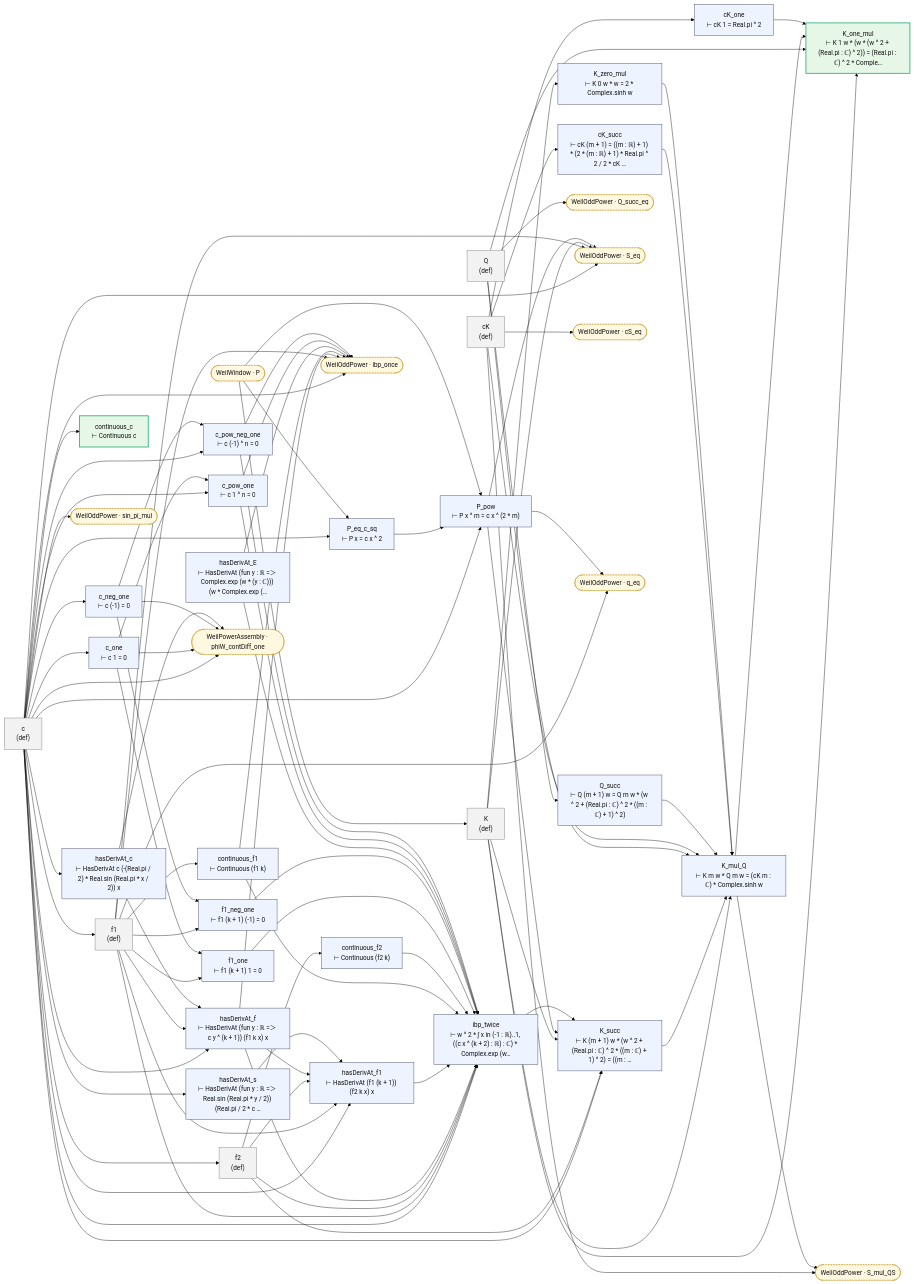
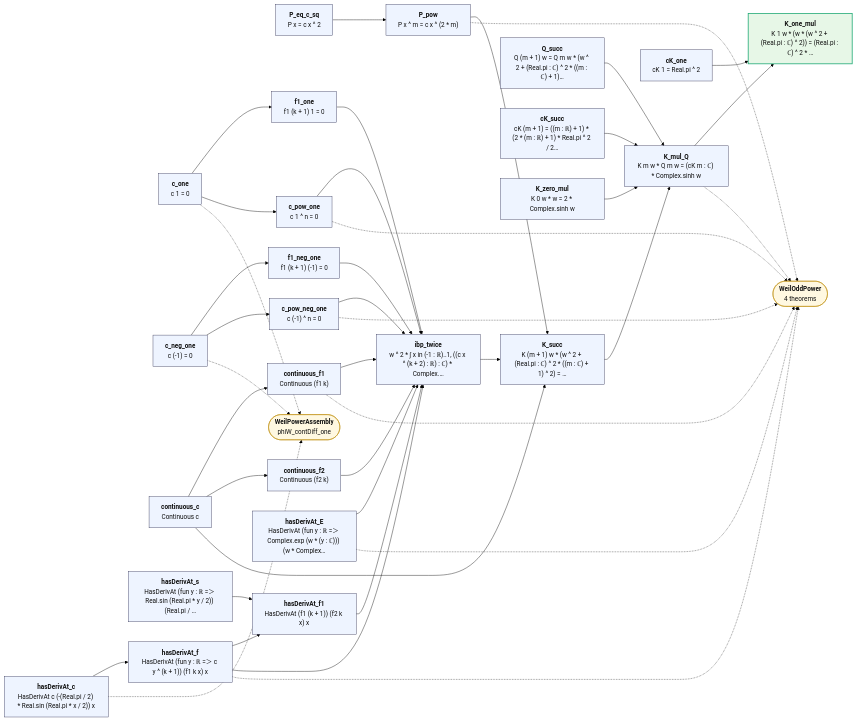
The diagram in map/lean_stage3/WeilPower.md (juliansambranojr/Primebeat_081426), drawn with Mermaid (forest theme) before and after one commit. The commit also changed other lines of this file and 387 other files, not shown here.

````diff
--- a/map/lean_stage3/WeilPower.md
+++ b/map/lean_stage3/WeilPower.md
@@ -8,133 +12,72 @@
 ```mermaid
 flowchart LR
-  n0["c<br/>(def)"]:::dfn
-  n1["P_eq_c_sq<br/>⊢ P x = c x ^ 2"]:::thm
-  n2["P_pow<br/>⊢ P x ^ m = c x ^ (2 * m)"]:::thm
-  n3["c_one<br/>⊢ c 1 = 0"]:::thm
-  n4["c_neg_one<br/>⊢ c (-1) = 0"]:::thm
-  n5["continuous_c<br/>⊢ Continuous c"]:::end_
-  n6["c_pow_one<br/>⊢ c 1 ^ n = 0"]:::thm
-  n7["c_pow_neg_one<br/>⊢ c (-1) ^ n = 0"]:::thm
-  n8["hasDerivAt_c<br/>⊢ HasDerivAt c (-(Real.pi / 2) * Real.sin (Real.pi * x / 2)) x"]:::thm
-  n9["hasDerivAt_s<br/>⊢ HasDerivAt (fun y : ℝ =＞ Real.sin (Real.pi * y / 2)) (Real.pi / 2 * c …"]:::thm
-  n10["f1<br/>(def)"]:::dfn
-  n11["f2<br/>(def)"]:::dfn
-  n12["hasDerivAt_f<br/>⊢ HasDerivAt (fun y : ℝ =＞ c y ^ (k + 1)) (f1 k x) x"]:::thm
-  n13["hasDerivAt_f1<br/>⊢ HasDerivAt (f1 (k + 1)) (f2 k x) x"]:::thm
-  n14["continuous_f1<br/>⊢ Continuous (f1 k)"]:::thm
-  n15["continuous_f2<br/>⊢ Continuous (f2 k)"]:::thm
-  n16["f1_one<br/>⊢ f1 (k + 1) 1 = 0"]:::thm
-  n17["f1_neg_one<br/>⊢ f1 (k + 1) (-1) = 0"]:::thm
-  n18["K<br/>(def)"]:::dfn
-  n19["hasDerivAt_E<br/>⊢ HasDerivAt (fun y : ℝ =＞ Complex.exp (w * (y : ℂ))) (w * Complex.exp (…"]:::thm
-  n20["ibp_twice<br/>⊢ w ^ 2 * ∫ x in (-1 : ℝ)..1, ((c x ^ (k + 2) : ℝ) : ℂ) * Complex.exp (w…"]:::thm
-  n21["K_succ<br/>⊢ K (m + 1) w * (w ^ 2 + (Real.pi : ℂ) ^ 2 * ((m : ℂ) + 1) ^ 2) = ((m : …"]:::thm
-  n22["Q<br/>(def)"]:::dfn
-  n23["cK<br/>(def)"]:::dfn
-  n24["Q_succ<br/>⊢ Q (m + 1) w = Q m w * (w ^ 2 + (Real.pi : ℂ) ^ 2 * ((m : ℂ) + 1) ^ 2)"]:::thm
-  n25["cK_succ<br/>⊢ cK (m + 1) = ((m : ℝ) + 1) * (2 * (m : ℝ) + 1) * Real.pi ^ 2 / 2 * cK …"]:::thm
-  n26["K_zero_mul<br/>⊢ K 0 w * w = 2 * Complex.sinh w"]:::thm
-  n27["K_mul_Q<br/>⊢ K m w * Q m w = (cK m : ℂ) * Complex.sinh w"]:::thm
-  n28["cK_one<br/>⊢ cK 1 = Real.pi ^ 2"]:::thm
-  n29["K_one_mul<br/>⊢ K 1 w * (w * (w ^ 2 + (Real.pi : ℂ) ^ 2)) = (Real.pi : ℂ) ^ 2 * Comple…"]:::end_
-  x0(["WeilOddPower · Q_succ_eq"]):::ext
-  x1(["WeilOddPower · S_eq"]):::ext
-  x2(["WeilOddPower · S_mul_QS"]):::ext
-  x3(["WeilOddPower · cS_eq"]):::ext
-  x4(["WeilOddPower · ibp_once"]):::ext
-  x5(["WeilOddPower · q_eq"]):::ext
-  x6(["WeilOddPower · sin_pi_mul"]):::ext
-  x7(["WeilPowerAssembly · phiW_contDiff_one"]):::ext
-  x8(["WeilWindow · P"]):::ext
+  n0["<b>P_eq_c_sq</b><br/>P x = c x ^ 2"]:::thm
+  n1["<b>P_pow</b><br/>P x ^ m = c x ^ (2 * m)"]:::thm
+  n2["<b>c_one</b><br/>c 1 = 0"]:::thm
+  n3["<b>c_neg_one</b><br/>c (-1) = 0"]:::thm
+  n4["<b>continuous_c</b><br/>Continuous c"]:::thm
+  n5["<b>c_pow_one</b><br/>c 1 ^ n = 0"]:::thm
+  n6["<b>c_pow_neg_one</b><br/>c (-1) ^ n = 0"]:::thm
+  n7["<b>hasDerivAt_c</b><br/>HasDerivAt c (-(Real.pi / 2) * Real.sin (Real.pi * x / 2)) x"]:::thm
+  n8["<b>hasDerivAt_s</b><br/>HasDerivAt (fun y : ℝ =＞ Real.sin (Real.pi * y / 2)) (Real.pi / …"]:::thm
+  n9["<b>hasDerivAt_f</b><br/>HasDerivAt (fun y : ℝ =＞ c y ^ (k + 1)) (f1 k x) x"]:::thm
+  n10["<b>hasDerivAt_f1</b><br/>HasDerivAt (f1 (k + 1)) (f2 k x) x"]:::thm
+  n11["<b>continuous_f1</b><br/>Continuous (f1 k)"]:::thm
+  n12["<b>continuous_f2</b><br/>Continuous (f2 k)"]:::thm
+  n13["<b>f1_one</b><br/>f1 (k + 1) 1 = 0"]:::thm
+  n14["<b>f1_neg_one</b><br/>f1 (k + 1) (-1) = 0"]:::thm
+  n15["<b>hasDerivAt_E</b><br/>HasDerivAt (fun y : ℝ =＞ Complex.exp (w * (y : ℂ))) (w * Complex…"]:::thm
+  n16["<b>ibp_twice</b><br/>w ^ 2 * ∫ x in (-1 : ℝ)..1, ((c x ^ (k + 2) : ℝ) : ℂ) * Complex.…"]:::thm
+  n17["<b>K_succ</b><br/>K (m + 1) w * (w ^ 2 + (Real.pi : ℂ) ^ 2 * ((m : ℂ) + 1) ^ 2) = …"]:::thm
+  n18["<b>Q_succ</b><br/>Q (m + 1) w = Q m w * (w ^ 2 + (Real.pi : ℂ) ^ 2 * ((m : ℂ) + 1)…"]:::thm
+  n19["<b>cK_succ</b><br/>cK (m + 1) = ((m : ℝ) + 1) * (2 * (m : ℝ) + 1) * Real.pi ^ 2 / 2…"]:::thm
+  n20["<b>K_zero_mul</b><br/>K 0 w * w = 2 * Complex.sinh w"]:::thm
+  n21["<b>K_mul_Q</b><br/>K m w * Q m w = (cK m : ℂ) * Complex.sinh w"]:::thm
+  n22["<b>cK_one</b><br/>cK 1 = Real.pi ^ 2"]:::thm
+  n23["<b>K_one_mul</b><br/>K 1 w * (w * (w ^ 2 + (Real.pi : ℂ) ^ 2)) = (Real.pi : ℂ) ^ 2 * …"]:::end_
+  x0(["<b>WeilOddPower</b><br/>4 theorems"]):::ext
+  x1(["<b>WeilPowerAssembly</b><br/>phiW_contDiff_one"]):::ext
   n0 --> n1
-  n0 --> n10
-  n0 --> n11
-  n0 --> n12
-  n0 --> n13
-  n0 --> n2
-  n0 --> n20
-  n0 --> n21
-  n0 --> n3
-  n0 --> n4
-  n0 --> n5
-  n0 --> n6
-  n0 --> n7
-  n0 --> n8
-  n0 --> n9
-  n0 --> x1
-  n0 --> x4
-  n0 --> x6
-  n0 --> x7
-  n1 --> n2
-  n10 --> n12
-  n10 --> n13
-  n10 --> n14
+  n1 --> n17
   n10 --> n16
-  n10 --> n17
-  n10 --> n20
-  n10 --> x1
-  n10 --> x4
-  n10 --> x5
-  n11 --> n13
-  n11 --> n15
-  n11 --> n20
-  n11 --> n21
-  n12 --> n13
-  n12 --> n20
-  n12 --> x4
-  n13 --> n20
-  n14 --> n20
-  n14 --> x4
-  n15 --> n20
-  n16 --> n20
-  n17 --> n20
+  n11 --> n16
+  n12 --> n16
+  n13 --> n16
+  n14 --> n16
+  n15 --> n16
+  n16 --> n17
+  n17 --> n21
   n18 --> n21
-  n18 --> n26
-  n18 --> n27
-  n18 --> n29
-  n18 --> x1
-  n19 --> n20
-  n19 --> x4
-  n2 --> n21
-  n2 --> x1
-  n2 --> x5
+  n19 --> n21
+  n2 --> n13
+  n2 --> n5
   n20 --> n21
-  n21 --> n27
-  n22 --> n24
-  n22 --> n27
-  n22 --> n29
-  n22 --> x0
-  n23 --> n25
-  n23 --> n27
-  n23 --> n28
-  n23 --> x2
-  n23 --> x3
-  n24 --> n27
-  n25 --> n27
-  n26 --> n27
-  n27 --> n29
-  n27 --> x2
-  n28 --> n29
-  n3 --> n16
+  n21 --> n23
+  n22 --> n23
+  n3 --> n14
   n3 --> n6
-  n3 --> x7
+  n4 --> n11
+  n4 --> n12
   n4 --> n17
-  n4 --> n7
-  n4 --> x7
-  n6 --> n20
-  n6 --> x4
-  n7 --> n20
-  n7 --> x4
-  n8 --> n12
-  n8 --> x7
-  n9 --> n13
-  x8 --> n1
-  x8 --> n18
-  x8 --> n2
+  n5 --> n16
+  n6 --> n16
+  n7 --> n9
+  n8 --> n10
+  n9 --> n10
+  n9 --> n16
+  n1 -.-> x0
+  n11 -.-> x0
+  n15 -.-> x0
+  n2 -.-> x1
+  n21 -.-> x0
+  n3 -.-> x1
+  n5 -.-> x0
+  n6 -.-> x0
+  n7 -.-> x1
+  n9 -.-> x0
   classDef thm fill:#eef4ff,stroke:#335,color:#111
-  classDef dfn fill:#f2f2f2,stroke:#777,color:#111
   classDef end_ fill:#e7f7e7,stroke:#2a7,color:#111,stroke-width:2px
   classDef lone fill:#fff,stroke:#999,color:#111,stroke-dasharray:4 3
   classDef bad fill:#ffe5e5,stroke:#c22,color:#111,stroke-width:2px
-  classDef ext fill:#fff8e1,stroke:#b80,color:#111,stroke-dasharray:2 2
+  classDef ext fill:#fff8e1,stroke:#b80,color:#111
 ```
````
